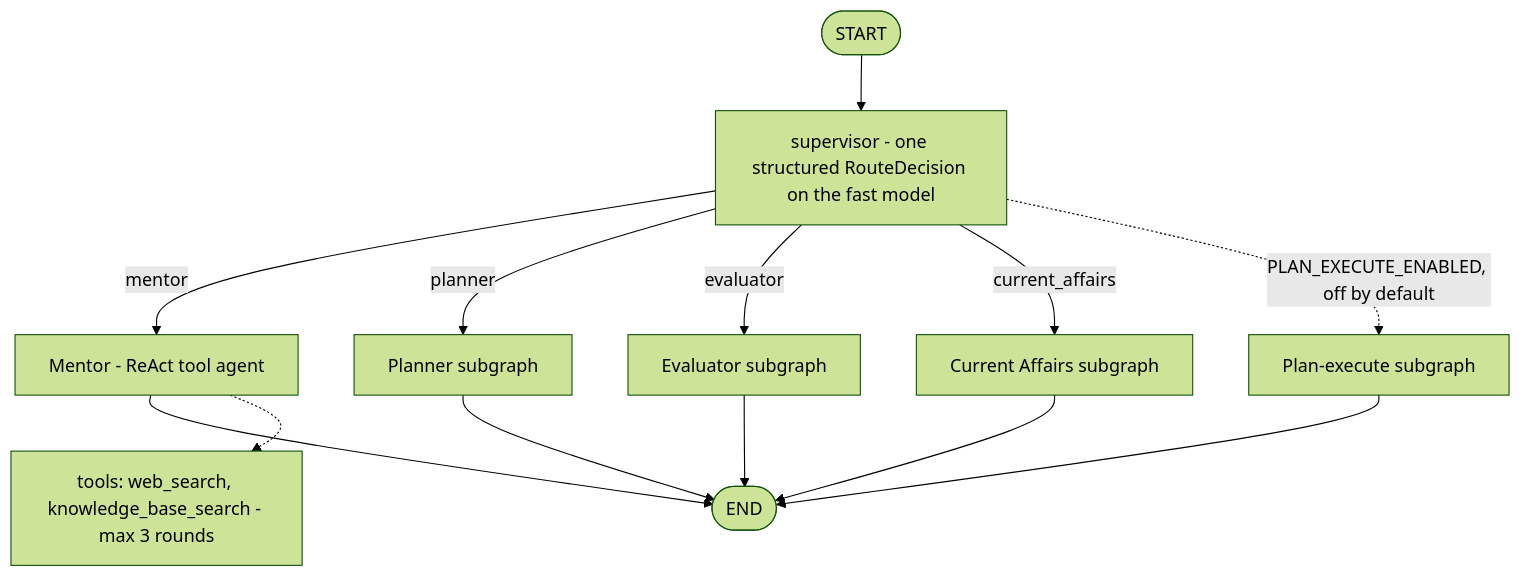
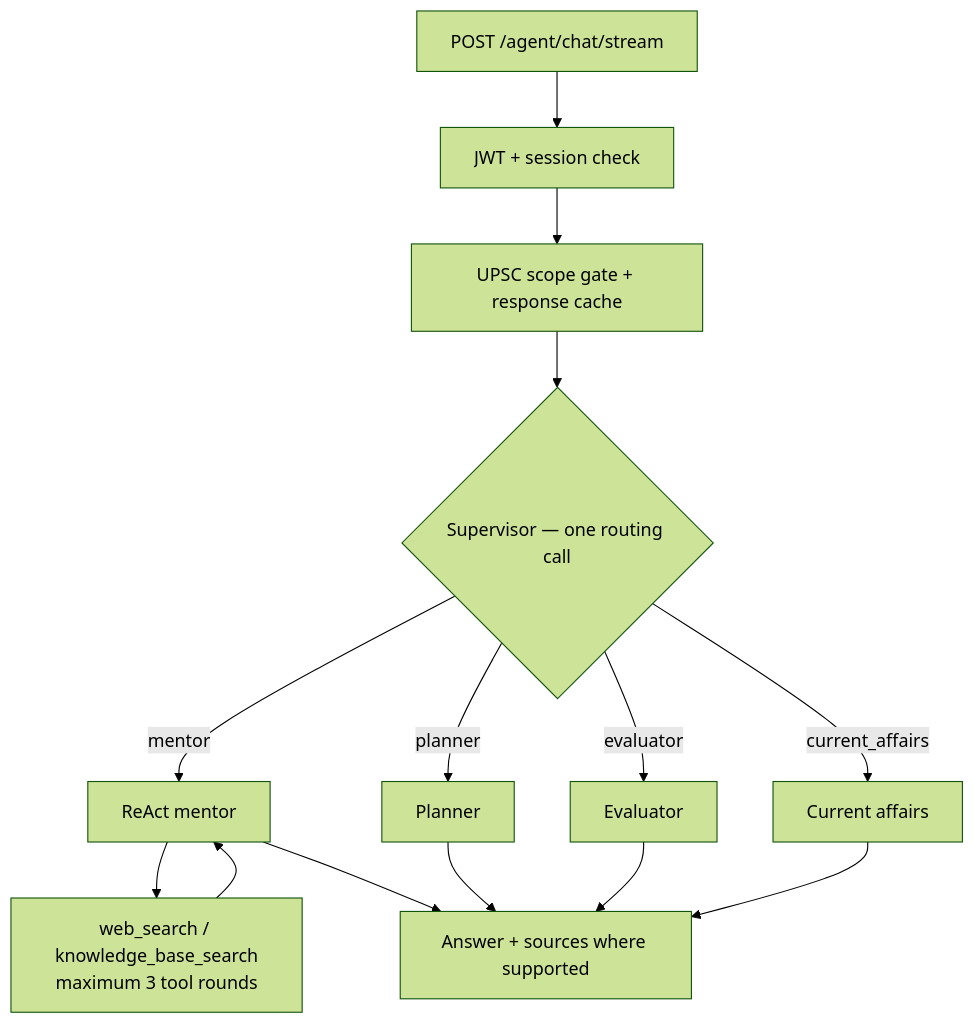
One commit to Vishal-AI-ML-Dev/UPSC-AI-PRO changed the second of 3 diagrams in README.md. Above: the diagram before and after it, drawn with Mermaid (forest theme). The commit also changed other lines of this file, not shown here.

Commit message:
Update README for UPSC AI Pro

````diff
--- a/README.md
+++ b/README.md
@@ -135,15 +102,16 @@
 ```mermaid
 flowchart TD
-    START(["START"]) --> SUP["supervisor - one structured RouteDecision on the fast model"]
-    SUP -->|mentor| M["Mentor - ReAct tool agent"]
-    SUP -->|planner| P["Planner subgraph"]
-    SUP -->|evaluator| E["Evaluator subgraph"]
-    SUP -->|current_affairs| C["Current Affairs subgraph"]
-    SUP -.->|"PLAN_EXECUTE_ENABLED, off by default"| PE["Plan-execute subgraph"]
-    M --> END(["END"])
-    P --> END
-    E --> END
-    C --> END
-    PE --> END
-    M -.-> T["tools: web_search, knowledge_base_search - max 3 rounds"]
+    Q["POST /agent/chat/stream"] --> AUTH["JWT + session check"]
+    AUTH --> GATE["UPSC scope gate + response cache"]
+    GATE --> ROUTE{"Supervisor — one routing call"}
+    ROUTE -->|mentor| M["ReAct mentor"]
+    ROUTE -->|planner| P["Planner"]
+    ROUTE -->|evaluator| E["Evaluator"]
+    ROUTE -->|current_affairs| C["Current affairs"]
+    M --> TOOLS["web_search / knowledge_base_search\nmaximum 3 tool rounds"]
+    TOOLS --> M
+    M --> OUT["Answer + sources where supported"]
+    P --> OUT
+    E --> OUT
+    C --> OUT
 ```
````
